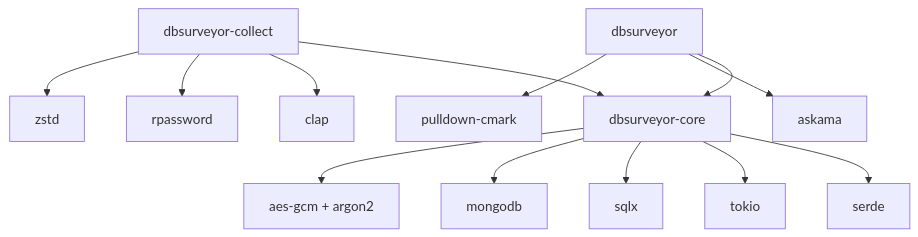
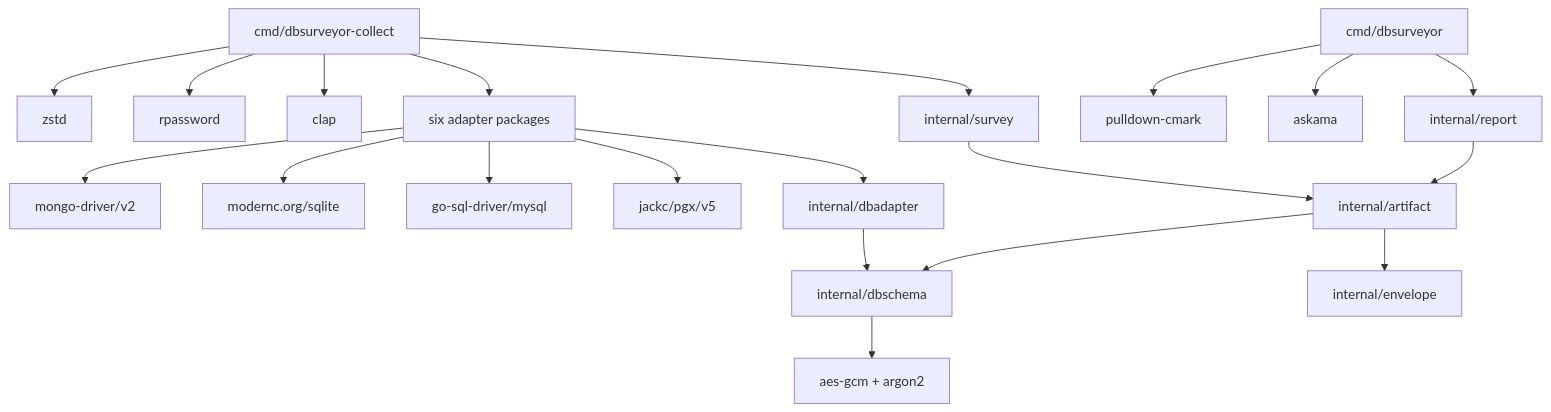
The second of 12 diagrams in docs/src/architecture.md (EvilBit-Labs/dbsurveyor), drawn with Mermaid before and after one commit. The commit also changed other lines of this file and 343 other files, not shown here.

````diff
--- a/docs/src/architecture.md
+++ b/docs/src/architecture.md
@@ -102,18 +119,25 @@
 ```mermaid
 graph TD
-    COLLECT[dbsurveyor-collect] --> CORE[dbsurveyor-core]
-    DOC[dbsurveyor] --> CORE
+    COLLECT[cmd/dbsurveyor-collect] --> SURVEY[internal/survey]
+    COLLECT --> ADAPTERS[six adapter packages]
+    DOC[cmd/dbsurveyor] --> REPORT[internal/report]
+    SURVEY --> ARTIFACT[internal/artifact]
+    REPORT --> ARTIFACT
+    ADAPTERS --> DBADAPTER[internal/dbadapter]
+    ARTIFACT --> ENVELOPE[internal/envelope]
+    DBADAPTER --> CORE[internal/dbschema]
+    ARTIFACT --> CORE
     
-    CORE --> SERDE[serde]
-    CORE --> TOKIO[tokio]
-    CORE --> SQLX[sqlx]
-    CORE --> MONGO[mongodb]
+    ADAPTERS --> PGX[jackc/pgx/v5]
+    ADAPTERS --> MYSQLD[go-sql-driver/mysql]
+    ADAPTERS --> SQLITED[modernc.org/sqlite]
+    ADAPTERS --> MONGO[mongo-driver/v2]
     CORE --> CRYPTO[aes-gcm + argon2]
     
     COLLECT --> CLAP[clap]
     COLLECT --> RPASS[rpassword]
     COLLECT --> ZSTD[zstd]
     
     DOC --> ASKAMA[askama]
     DOC --> PULLDOWN[pulldown-cmark]
 ```
````
